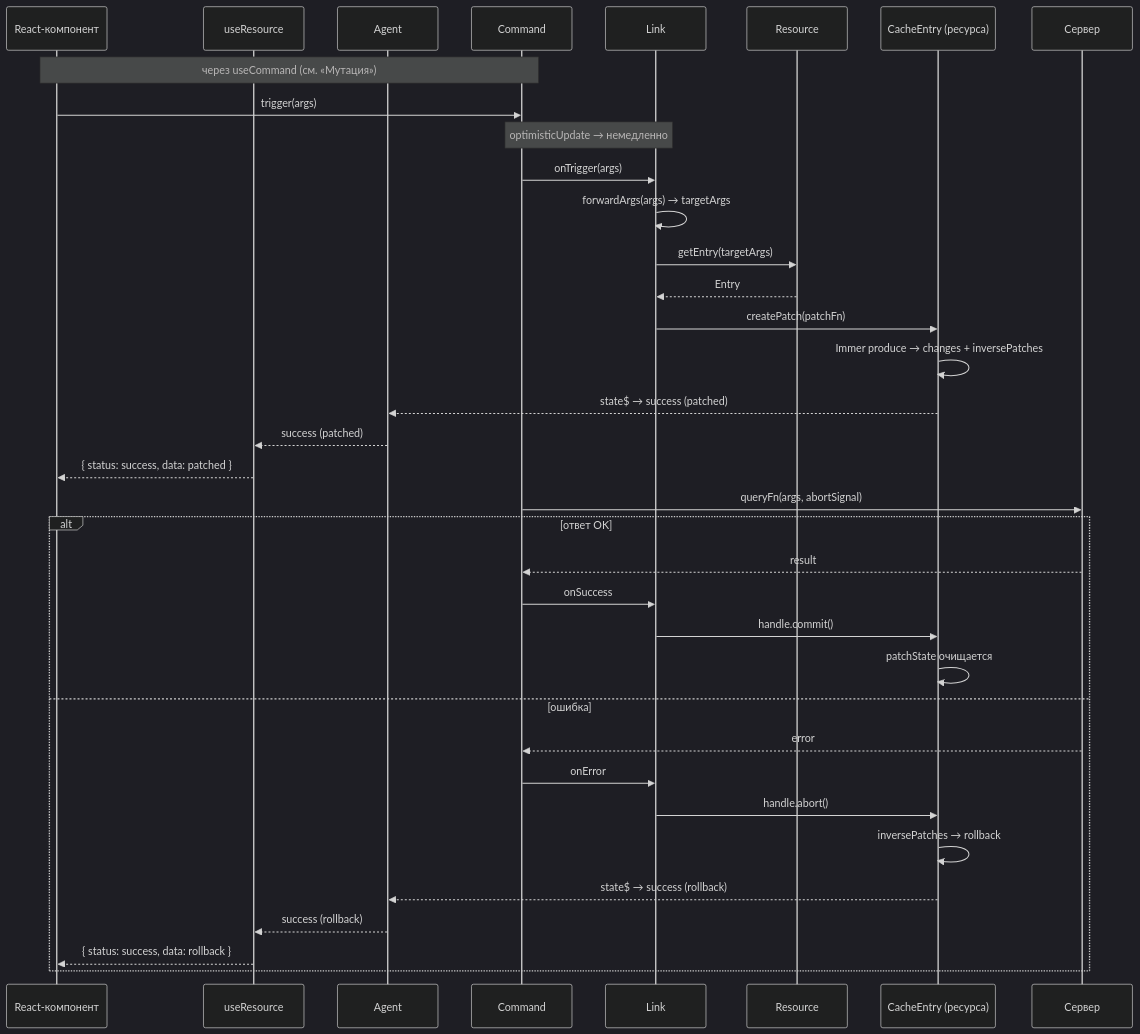
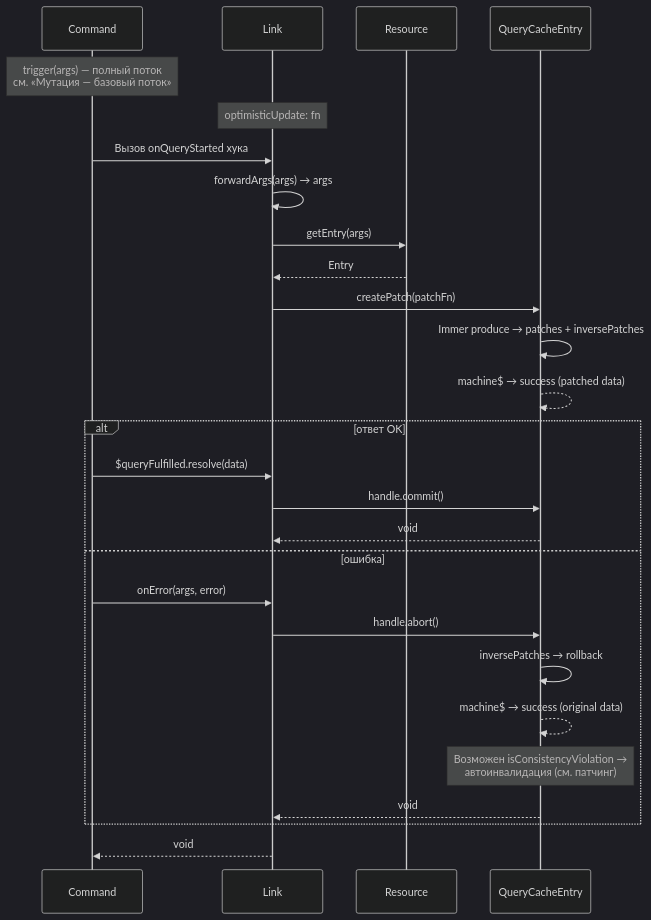
Before and after one commit to fozy-labs/rx-toolkit: the ninth of 10 diagrams in docs/query/concepts/dataflows.md, drawn with Mermaid (dark theme). The commit also changed other lines of this file and 1 other file, not shown here.

````diff
--- a/docs/query/concepts/dataflows.md
+++ b/docs/query/concepts/dataflows.md
@@ -339,43 +325,35 @@
 ```mermaid
 sequenceDiagram
-    participant UI as React-компонент
-    participant Hook as useResource
-    participant Agent as Agent
     participant Cmd as Command
     participant Lnk as Link
     participant Res as Resource
-    participant Entry as CacheEntry (ресурса)
-    participant Srv as Сервер
+    participant Entry as QueryCacheEntry
 
-    Note over UI,Cmd: через useCommand (см. «Мутация»)
-    UI->>Cmd: trigger(args)
+    Note over Cmd: trigger(args) — полный поток<br/>см. «Мутация — базовый поток»
 
-    Note over Cmd,Lnk: optimisticUpdate → немедленно
+    Note over Lnk: optimisticUpdate: fn
 
-    Cmd->>Lnk: onTrigger(args)
-    Lnk->>Lnk: forwardArgs(args) → targetArgs
-    Lnk->>Res: getEntry(targetArgs)
+    Cmd->>Lnk: Вызов onQueryStarted хука
+    Lnk->>Lnk: forwardArgs(args) → args
+    Lnk->>Res: getEntry(args)
     Res-->>Lnk: Entry
     Lnk->>Entry: createPatch(patchFn)
-    Entry->>Entry: Immer produce → changes + inversePatches
-    Entry-->>Agent: state$ → success (patched)
-    Agent-->>Hook: success (patched)
-    Hook-->>UI: { status: success, data: patched }
-
-    Cmd->>Srv: queryFn(args, abortSignal)
+    Entry->>Entry: Immer produce → patches + inversePatches
+    Entry-->>Entry: machine$ → success (patched data)
 
     alt ответ OK
-        Srv-->>Cmd: result
-        Cmd->>Lnk: onSuccess
+        Cmd->>Lnk: $queryFulfilled.resolve(data)
         Lnk->>Entry: handle.commit()
-        Entry->>Entry: patchState очищается
+        Entry-->>Lnk: void
+
     else ошибка
-        Srv-->>Cmd: error
-        Cmd->>Lnk: onError
+        Cmd->>Lnk: onError(args, error)
         Lnk->>Entry: handle.abort()
         Entry->>Entry: inversePatches → rollback
-        Entry-->>Agent: state$ → success (rollback)
-        Agent-->>Hook: success (rollback)
-        Hook-->>UI: { status: success, data: rollback }
+        Entry-->>Entry: machine$ → success (original data)
+        Note over Entry: Возможен isConsistencyViolation →<br/>автоинвалидация (см. патчинг)
+        Entry-->>Lnk: void
     end
+    
+    Lnk-->>Cmd: void
 ```
````
